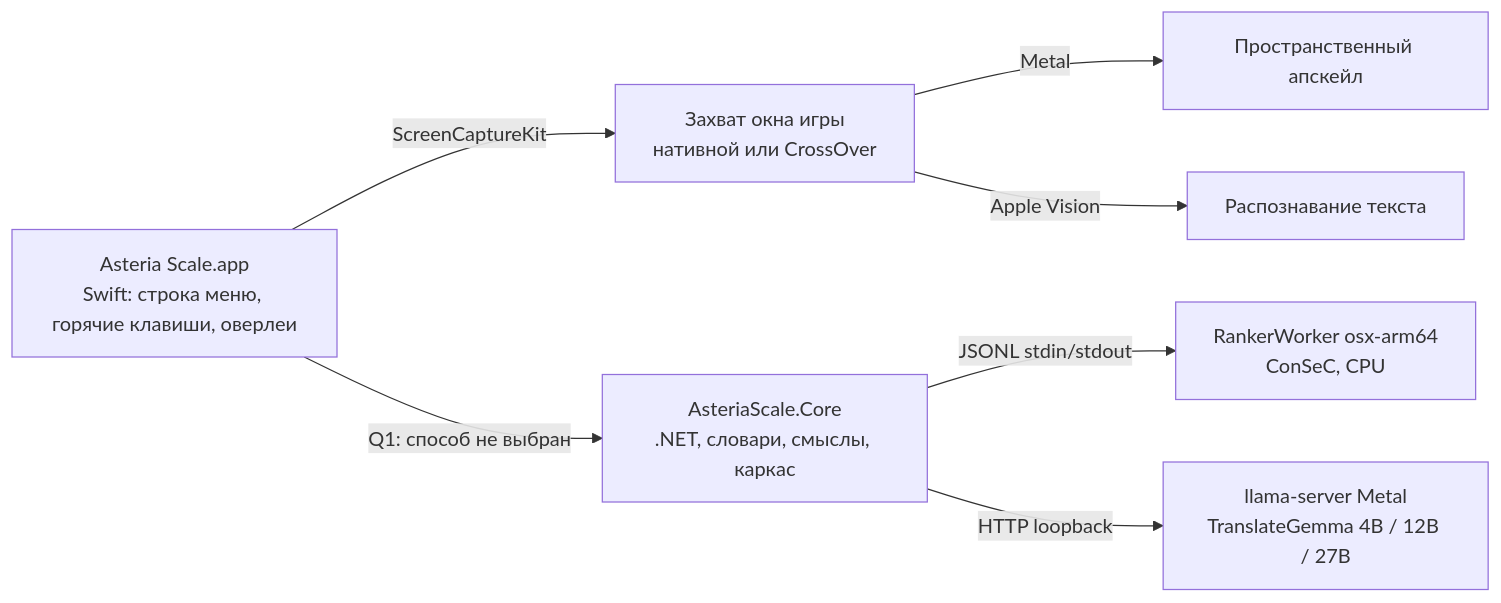
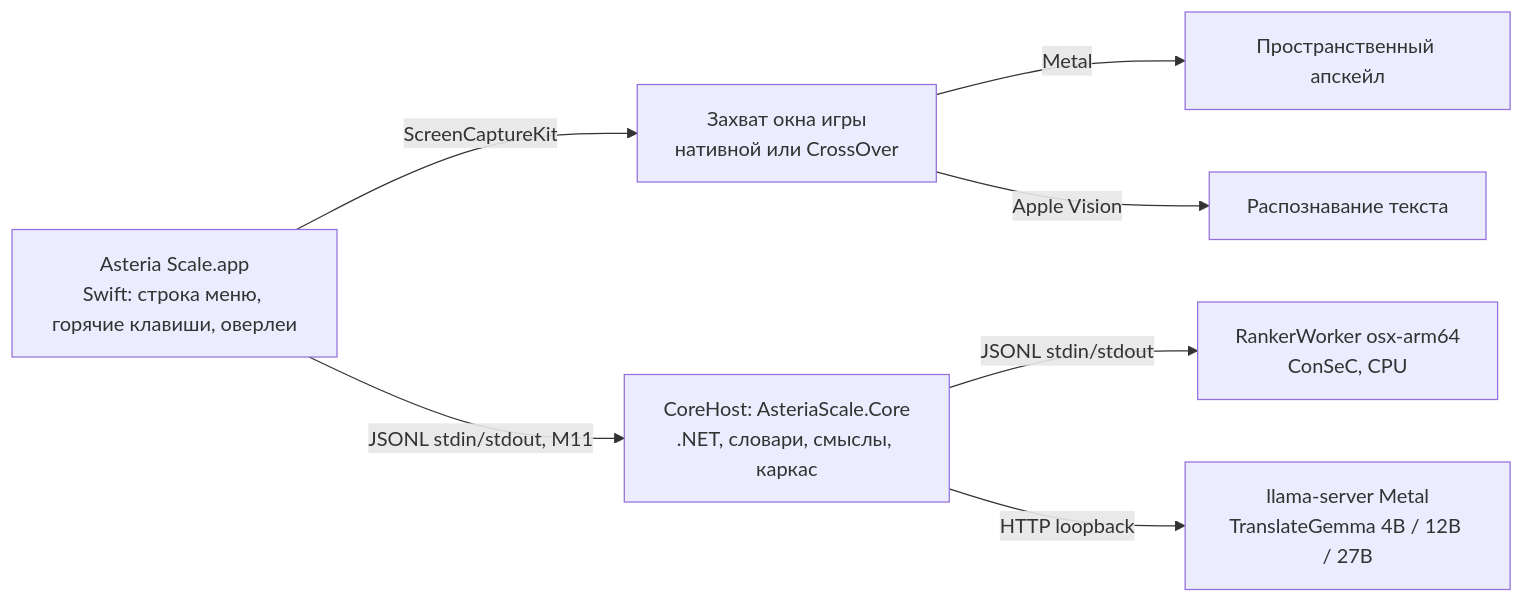
Before and after one commit to slava8519/AsteriaScale: the diagram in docs/MACOS.md, drawn with Mermaid. The commit also changed other lines of this file and 5 other files, not shown here.

First line of the commit message:
docs: record Q1 (Core as a CoreHost process) and M12, split identity exit codes

````diff
--- a/docs/MACOS.md
+++ b/docs/MACOS.md
@@ -74,9 +75,9 @@
 ```mermaid
 graph LR
     A[Asteria Scale.app<br/>Swift: строка меню, горячие клавиши, оверлеи] -->|ScreenCaptureKit| C[Захват окна игры<br/>нативной или CrossOver]
     C -->|Metal| U[Пространственный апскейл]
     C -->|Apple Vision| O[Распознавание текста]
-    A -->|Q1: способ не выбран| K[AsteriaScale.Core<br/>.NET, словари, смыслы, каркас]
+    A -->|JSONL stdin/stdout, M11| K[CoreHost: AsteriaScale.Core<br/>.NET, словари, смыслы, каркас]
     K -->|JSONL stdin/stdout| R[RankerWorker osx-arm64<br/>ConSeC, CPU]
     K -->|HTTP loopback| T[llama-server Metal<br/>TranslateGemma 4B / 12B / 27B]
 ```
````
